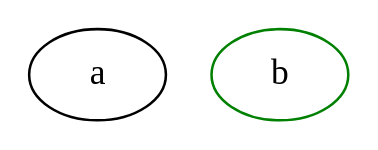
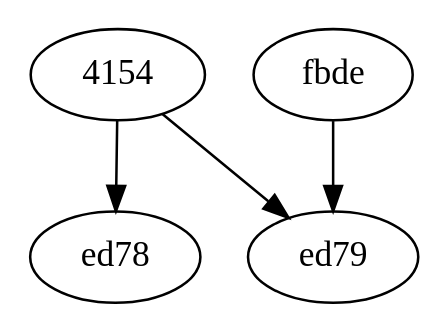
The diagram in final/graph.dot (Genius-gambit/Python-Project), drawn with Graphviz before and after one commit. The commit also changed 3 other files, not shown here.

```diff
--- a/final/graph.dot
+++ b/final/graph.dot
@@ -1,6 +1,7 @@
-graph G {
+digraph G {
 size="16,16";
 splines=true;
-	a [color="black", fillcolor="red"]
-    b [color="green"]
+"4154" -> "ed78"
+"4154" -> "ed79"
+"fbde" -> "ed79"
 }
```
